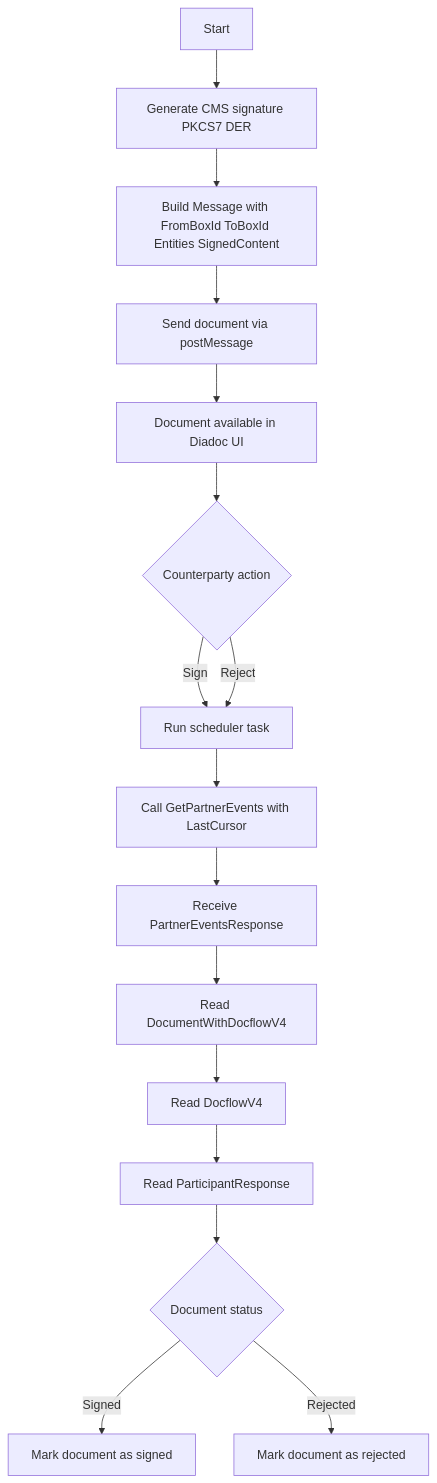
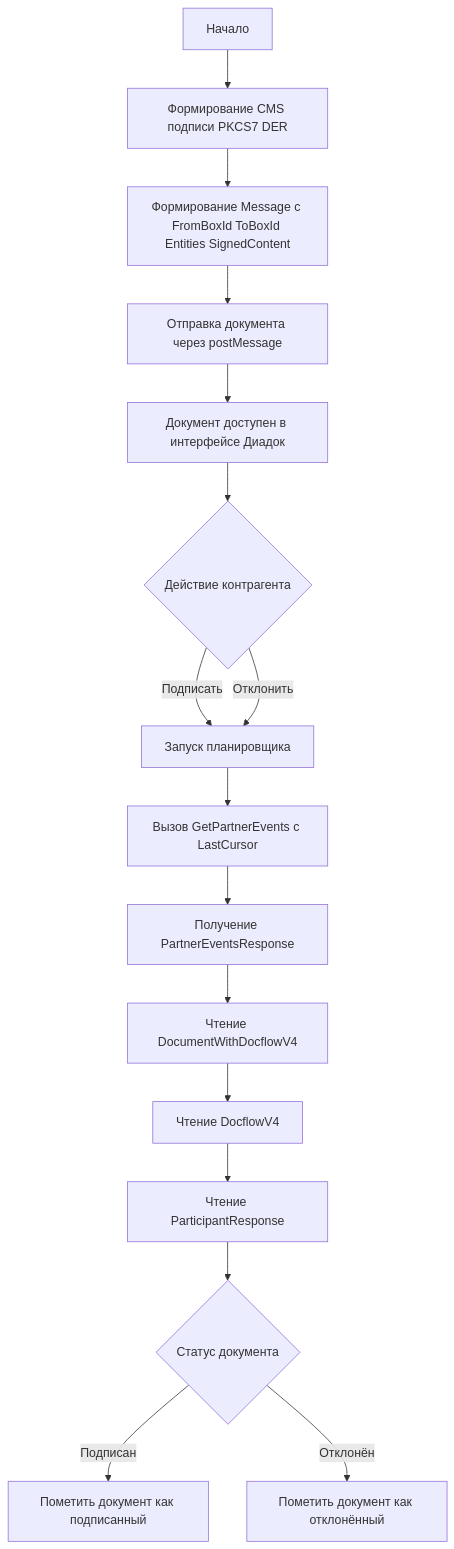
Before and after one commit to ProgWrite/ConnectFour: the diagram in README.md, drawn with Mermaid.

````diff
--- a/README.md
+++ b/README.md
@@ -9,23 +9,23 @@
 ```mermaid
 graph TD
-    Start[Start] --> GenerateSignature[Generate CMS signature PKCS7 DER]
-    GenerateSignature --> BuildMessage[Build Message with FromBoxId ToBoxId Entities SignedContent]
-    BuildMessage --> PostMessage[Send document via postMessage]
+    Start[Начало] --> GenerateSignature[Формирование CMS подписи PKCS7 DER]
+    GenerateSignature --> BuildMessage[Формирование Message с FromBoxId ToBoxId Entities SignedContent]
+    BuildMessage --> PostMessage[Отправка документа через postMessage]
 
-    PostMessage --> DiadocUI[Document available in Diadoc UI]
-    DiadocUI --> UserAction{Counterparty action}
+    PostMessage --> DiadocUI[Документ доступен в интерфейсе Диадок]
+    DiadocUI --> UserAction{Действие контрагента}
 
-    UserAction -->|Sign| Scheduler[Run scheduler task]
-    UserAction -->|Reject| Scheduler
+    UserAction -->|Подписать| Scheduler[Запуск планировщика]
+    UserAction -->|Отклонить| Scheduler
 
-    Scheduler --> GetEvents[Call GetPartnerEvents with LastCursor]
-    GetEvents --> EventsResponse[Receive PartnerEventsResponse]
+    Scheduler --> GetEvents[Вызов GetPartnerEvents с LastCursor]
+    GetEvents --> EventsResponse[Получение PartnerEventsResponse]
 
-    EventsResponse --> DocWithFlow[Read DocumentWithDocflowV4]
-    DocWithFlow --> Docflow[Read DocflowV4]
-    Docflow --> RecipientResponse[Read ParticipantResponse]
+    EventsResponse --> DocWithFlow[Чтение DocumentWithDocflowV4]
+    DocWithFlow --> Docflow[Чтение DocflowV4]
+    Docflow --> RecipientResponse[Чтение ParticipantResponse]
 
-    RecipientResponse --> StatusCheck{Document status}
-    StatusCheck -->|Signed| Signed[Mark document as signed]
-    StatusCheck -->|Rejected| Rejected[Mark document as rejected]
+    RecipientResponse --> StatusCheck{Статус документа}
+    StatusCheck -->|Подписан| Signed[Пометить документ как подписанный]
+    StatusCheck -->|Отклонён| Rejected[Пометить документ как отклонённый]
 ```
````
